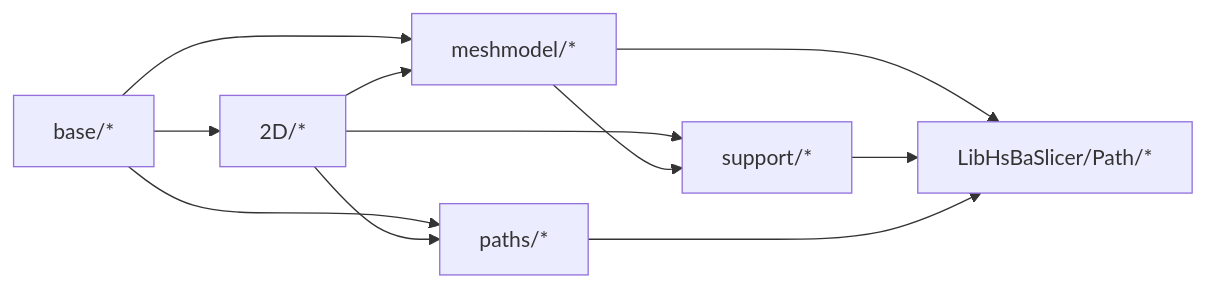
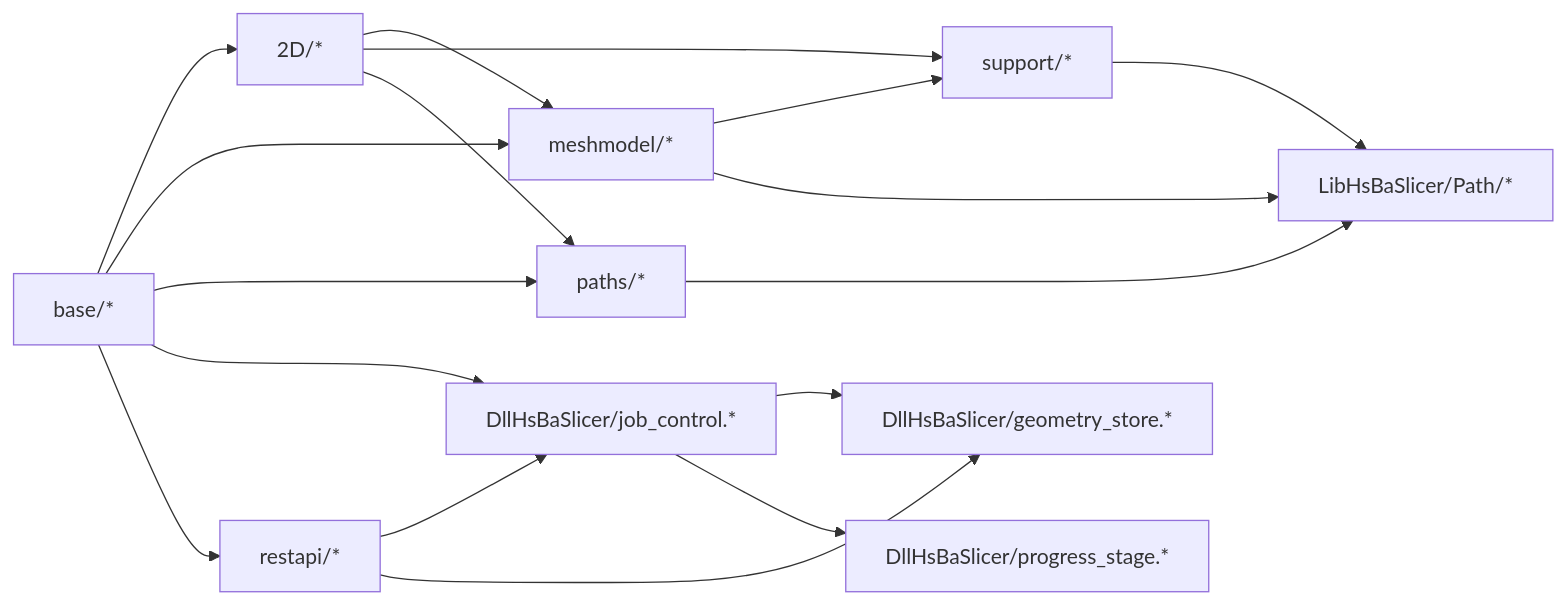
One commit to hsmbanlance/HsBaSlicer changed diagram 12 of 12 in .qoder/repowiki/en/content/Core Modules/Core Modules.md. Above: the diagram before and after it, drawn with Mermaid. The commit also changed other lines of this file and 101 other files, not shown here.

````diff
--- a/.qoder/repowiki/en/content/Core Modules/Core Modules.md
+++ b/.qoder/repowiki/en/content/Core Modules/Core Modules.md
@@ -473,13 +784,19 @@
 ```mermaid
 graph LR
 Base["base/*"] --> D2["2D/*"]
 Base --> Mesh["meshmodel/*"]
 Base --> Paths["paths/*"]
+Base --> JobCtrl["DllHsBaSlicer/job_control.*"]
+Base --> RestApi["restapi/*"]
 D2 --> Mesh
 D2 --> Sup["support/*"]
 D2 --> Paths
 Mesh --> Sup
 Mesh --> LPath["LibHsBaSlicer/Path/*"]
 Sup --> LPath
 Paths --> LPath
+JobCtrl --> GeoStore["DllHsBaSlicer/geometry_store.*"]
+JobCtrl --> Progress["DllHsBaSlicer/progress_stage.*"]
+RestApi --> JobCtrl
+RestApi --> GeoStore
 ```
````
